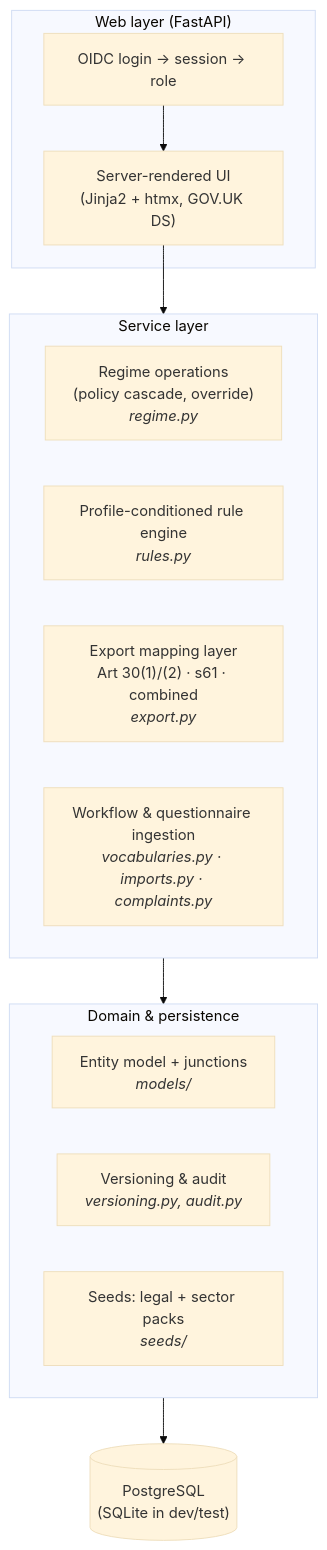
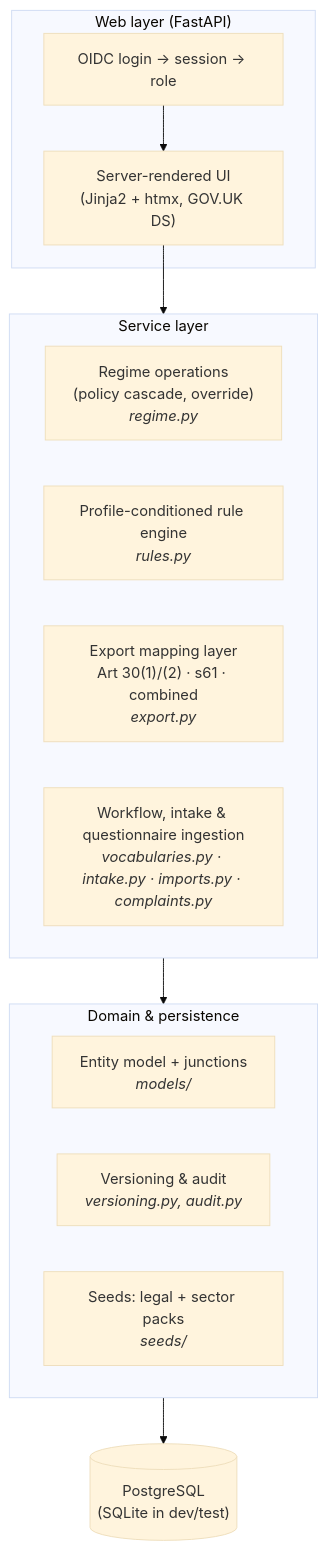
One commit to John-Howard/cairn changed the diagram in docs/solution-architecture.md. Above: the diagram before and after it, drawn with Mermaid (base theme). The commit also changed 6 other files, not shown here.

````diff
--- a/docs/solution-architecture.md
+++ b/docs/solution-architecture.md
@@ -45,23 +45,23 @@
 ```mermaid
 flowchart TD
     subgraph web["Web layer (FastAPI)"]
         UI["Server-rendered UI<br/>(Jinja2 + htmx, GOV.UK DS)"]
         AUTH["OIDC login → session → role"]
     end
     subgraph services["Service layer"]
         REG["Regime operations<br/>(policy cascade, override)<br/><i>regime.py</i>"]
         RULES["Profile-conditioned rule engine<br/><i>rules.py</i>"]
         EXPORT["Export mapping layer<br/>Art 30(1)/(2) · s61 · combined<br/><i>export.py</i>"]
-        WF["Workflow & questionnaire ingestion<br/><i>vocabularies.py · imports.py · complaints.py</i>"]
+        WF["Workflow, intake & questionnaire ingestion<br/><i>vocabularies.py · intake.py · imports.py · complaints.py</i>"]
     end
     subgraph domain["Domain & persistence"]
         MODELS["Entity model + junctions<br/><i>models/</i>"]
         VER["Versioning & audit<br/><i>versioning.py, audit.py</i>"]
         SEEDS["Seeds: legal + sector packs<br/><i>seeds/</i>"]
     end
     DB[("PostgreSQL<br/>(SQLite in dev/test)")]
     UI --> services
     AUTH --> UI
     services --> domain
     domain --> DB
 ```
````
